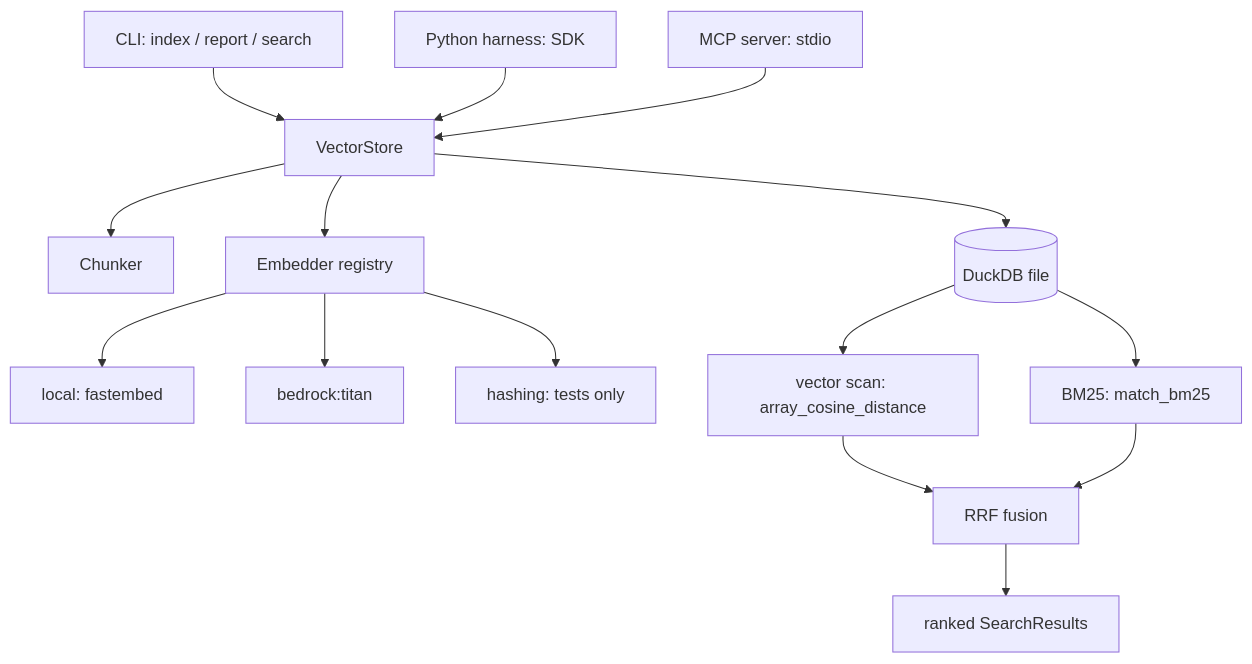
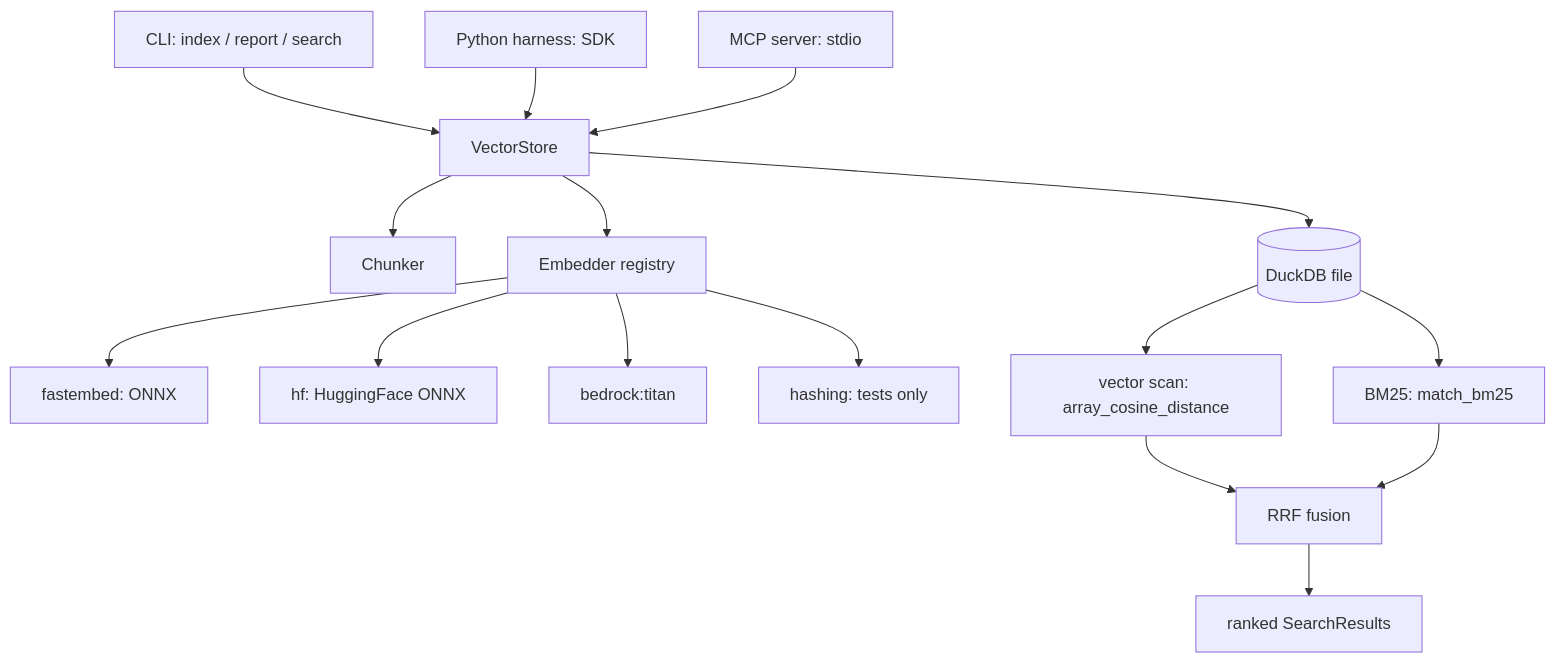
Before and after one commit to bernard357/duckdb-vectors: the second of 2 diagrams in documentation/duckdb-vectors-primitive.md, drawn with Mermaid. The commit also changed other lines of this file and 40 other files, not shown here.

````diff
--- a/documentation/duckdb-vectors-primitive.md
+++ b/documentation/duckdb-vectors-primitive.md
@@ -49,17 +49,18 @@
 ```mermaid
 flowchart TD
     CLI[CLI: index / report / search] --> Store
     App[Python harness: SDK] --> Store
     MCP[MCP server: stdio] --> Store
     Store[VectorStore] --> Chunker[Chunker]
     Store --> Embedder[Embedder registry]
-    Embedder --> Local[local: fastembed]
+    Embedder --> Fastembed[fastembed: ONNX]
+    Embedder --> HF[hf: HuggingFace ONNX]
     Embedder --> Bedrock[bedrock:titan]
     Embedder --> Hashing[hashing: tests only]
     Store --> DB[(DuckDB file)]
     DB --> Vec[vector scan: array_cosine_distance]
     DB --> FTS[BM25: match_bm25]
     Vec --> RRF[RRF fusion]
     FTS --> RRF
     RRF --> Results[ranked SearchResults]
 ```
````
